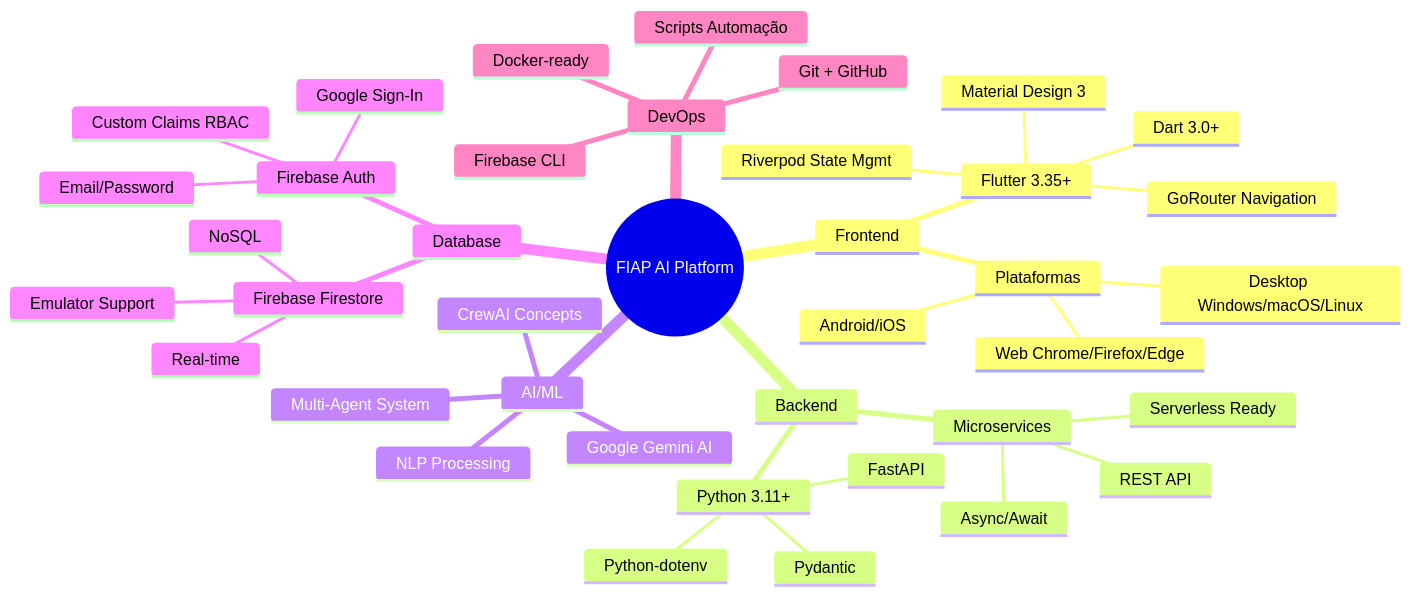
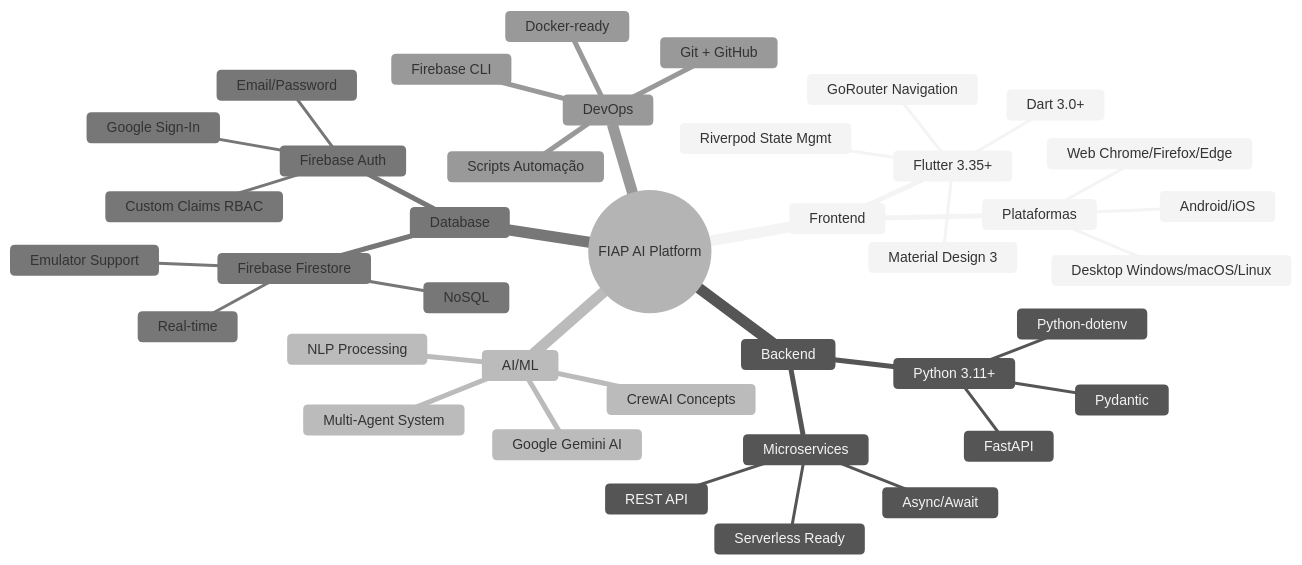
The sixth of 6 diagrams in README.md (Hinten/fiap_gs2), drawn with Mermaid before and after one commit. The commit also changed other lines of this file, not shown here.

Commit message:
fix: update mermaid diagram styles for better readability in README

````diff
--- a/README.md
+++ b/README.md
@@ -385,42 +390,43 @@
 ```mermaid
+%%{init: {'theme':'neutral','themeVariables': { 'primaryTextColor': '#222','secondaryTextColor': '#222','tertiaryTextColor': '#222','fontSize':'14px'}} }%%
 mindmap
   root((FIAP AI Platform))
     Frontend
       Flutter 3.35+
         Dart 3.0+
         Material Design 3
         Riverpod State Mgmt
         GoRouter Navigation
       Plataformas
         Web Chrome/Firefox/Edge
         Android/iOS
         Desktop Windows/macOS/Linux
     Backend
       Python 3.11+
         FastAPI
         Pydantic
         Python-dotenv
       Microservices
         Serverless Ready
         REST API
         Async/Await
     AI/ML
       Google Gemini AI
       CrewAI Concepts
       Multi-Agent System
       NLP Processing
     Database
       Firebase Firestore
         NoSQL
         Real-time
         Emulator Support
       Firebase Auth
         Email/Password
         Google Sign-In
         Custom Claims RBAC
     DevOps
       Git + GitHub
       Firebase CLI
       Docker-ready
       Scripts Automação
 ```
````
